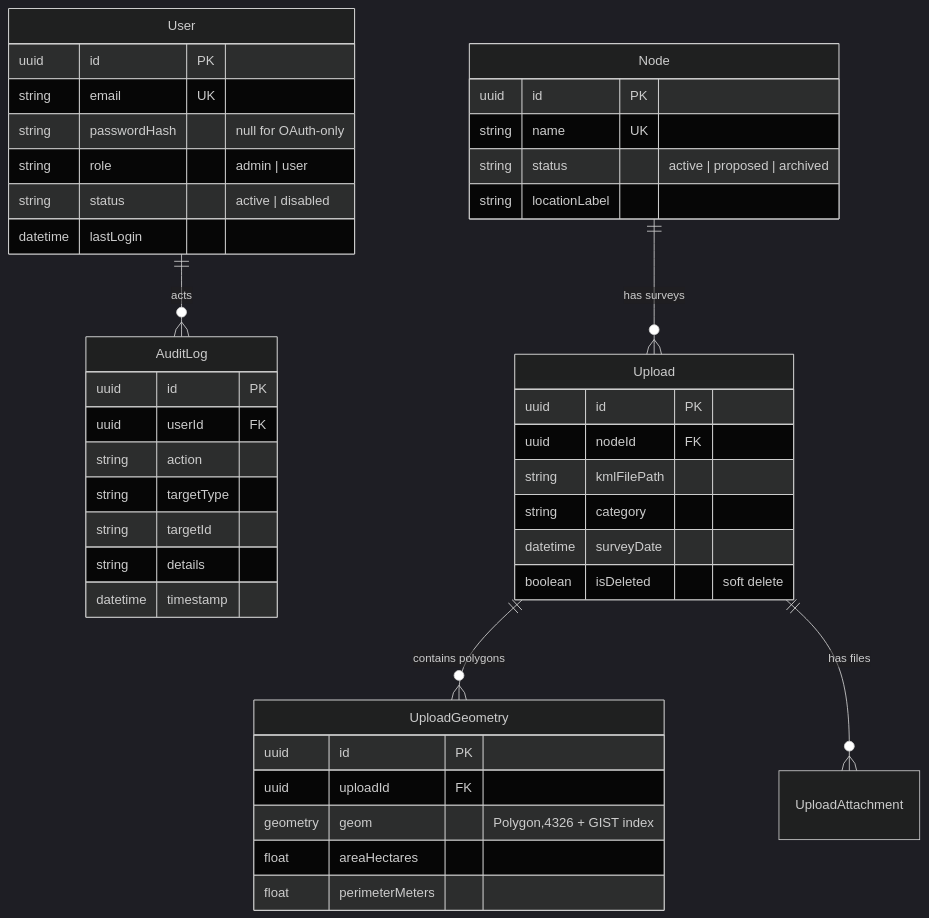
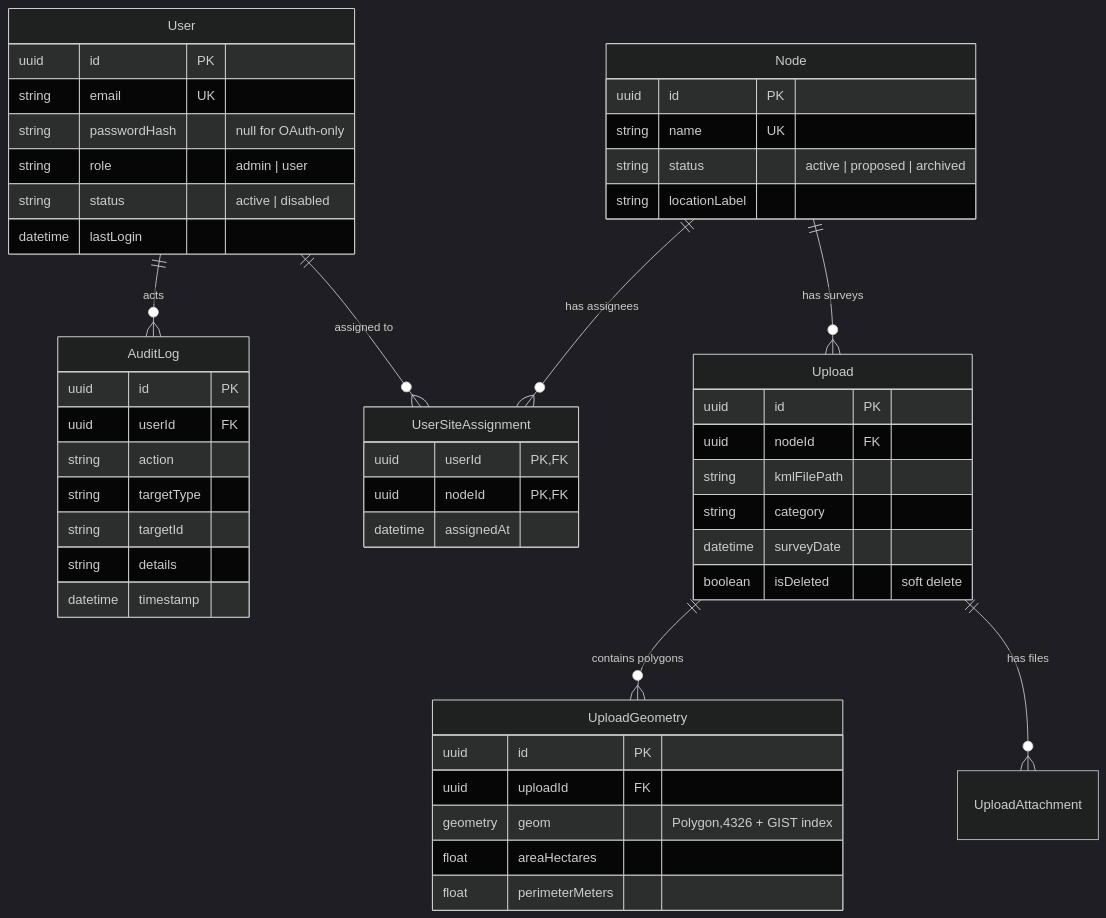
The fourth of 6 diagrams in docs/system-design.md (Anupamgt/minearchive), drawn with Mermaid (dark theme) before and after one commit. The commit also changed other lines of this file and 7 other files, not shown here.

````diff
--- a/docs/system-design.md
+++ b/docs/system-design.md
@@ -150,46 +156,53 @@
 ```mermaid
 erDiagram
     User ||--o{ AuditLog : "acts"
+    User ||--o{ UserSiteAssignment : "assigned to"
+    Node ||--o{ UserSiteAssignment : "has assignees"
     Node ||--o{ Upload : "has surveys"
     Upload ||--o{ UploadGeometry : "contains polygons"
     Upload ||--o{ UploadAttachment : "has files"
 
     User {
         uuid id PK
         string email UK
         string passwordHash "null for OAuth-only"
         string role "admin | user"
         string status "active | disabled"
         datetime lastLogin
     }
     Node {
         uuid id PK
         string name UK
         string status "active | proposed | archived"
         string locationLabel
     }
     Upload {
         uuid id PK
         uuid nodeId FK
         string kmlFilePath
         string category
         datetime surveyDate
         boolean isDeleted "soft delete"
     }
     UploadGeometry {
         uuid id PK
         uuid uploadId FK
         geometry geom "Polygon,4326 + GIST index"
         float areaHectares
         float perimeterMeters
     }
     AuditLog {
         uuid id PK
         uuid userId FK
         string action
         string targetType
         string targetId
         string details
         datetime timestamp
     }
+    UserSiteAssignment {
+        uuid userId PK,FK
+        uuid nodeId PK,FK
+        datetime assignedAt
+    }
 ```
````
